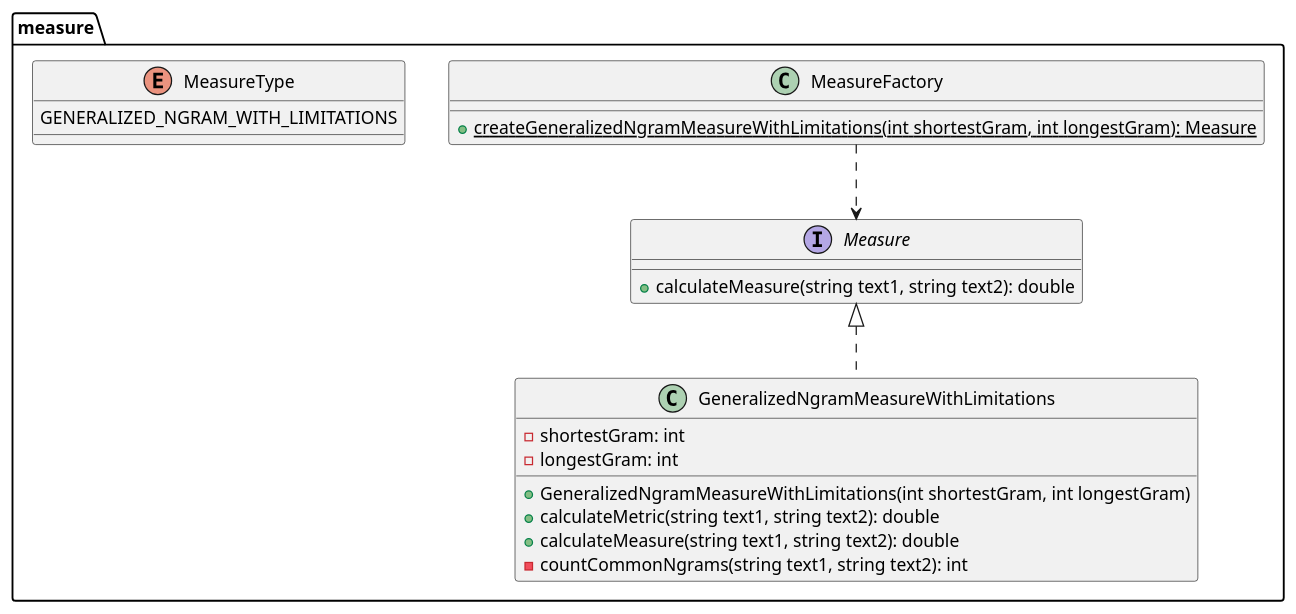
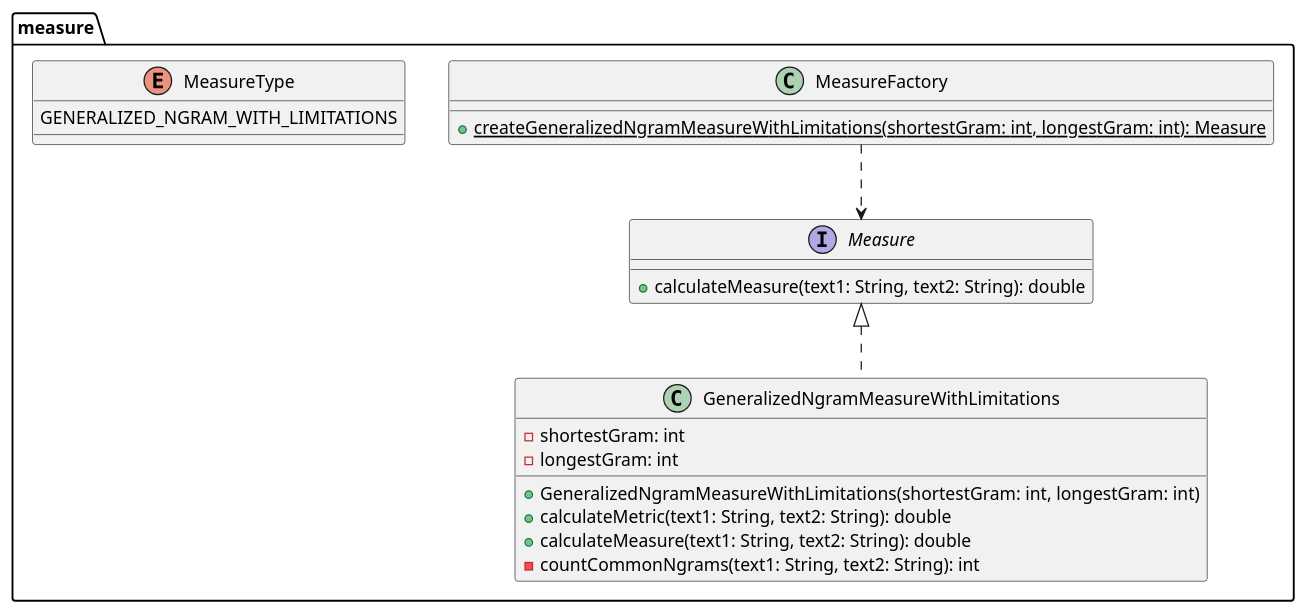
The sixth of 10 diagrams in README.md (kambed/Computer-Recognition-Systems), drawn with PlantUML before and after one commit. The commit also changed other lines of this file, not shown here.

Commit message:
UML fixes

````diff
--- a/README.md
+++ b/README.md
@@ -285,22 +285,22 @@
 ```plantuml
 package measure {
     interface Measure {
-        + calculateMeasure(string text1, string text2): double
+        + calculateMeasure(text1: String, text2: String): double
     }
     class GeneralizedNgramMeasureWithLimitations implements Measure {
         - shortestGram: int
         - longestGram: int
-        + GeneralizedNgramMeasureWithLimitations(int shortestGram, int longestGram)
-        + calculateMetric(string text1, string text2): double
-        + calculateMeasure(string text1, string text2): double
-        - countCommonNgrams(string text1, string text2): int
+        + GeneralizedNgramMeasureWithLimitations(shortestGram: int, longestGram: int)
+        + calculateMetric(text1: String, text2: String): double
+        + calculateMeasure(text1: String, text2: String): double
+        - countCommonNgrams(text1: String, text2: String): int
     }
     class MeasureFactory {
-        + {static} createGeneralizedNgramMeasureWithLimitations(int shortestGram, int longestGram): Measure
+        + {static} createGeneralizedNgramMeasureWithLimitations(shortestGram: int, longestGram: int): Measure
     }
     MeasureFactory ..> Measure
     enum MeasureType {
         GENERALIZED_NGRAM_WITH_LIMITATIONS
     }
 }
 ```
````
